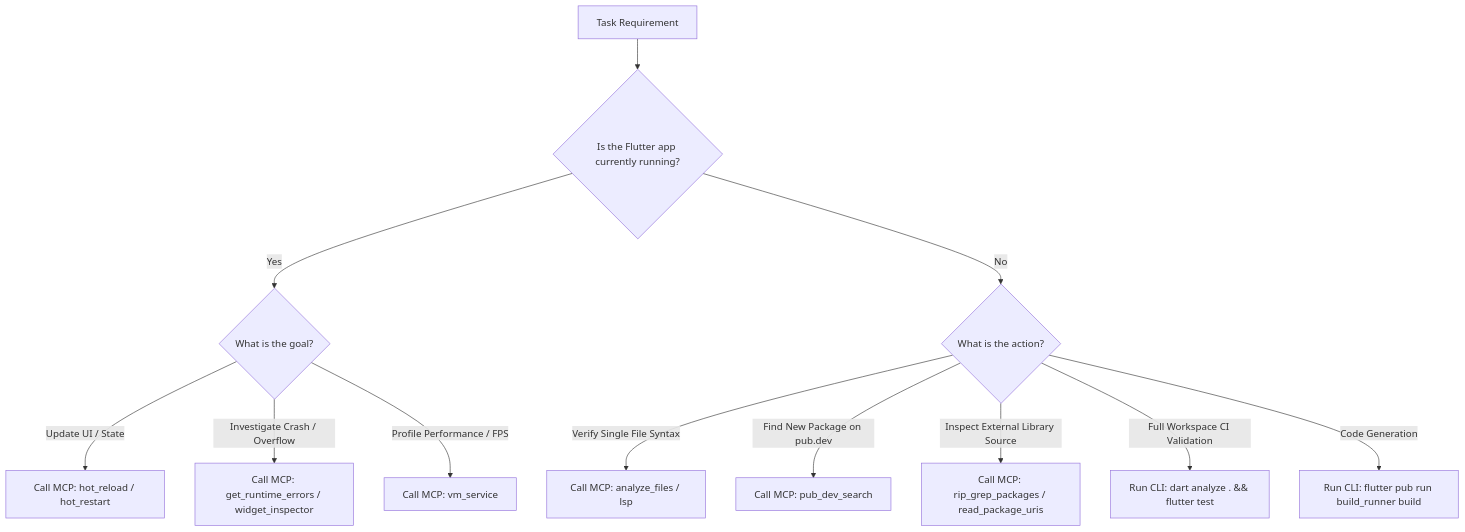
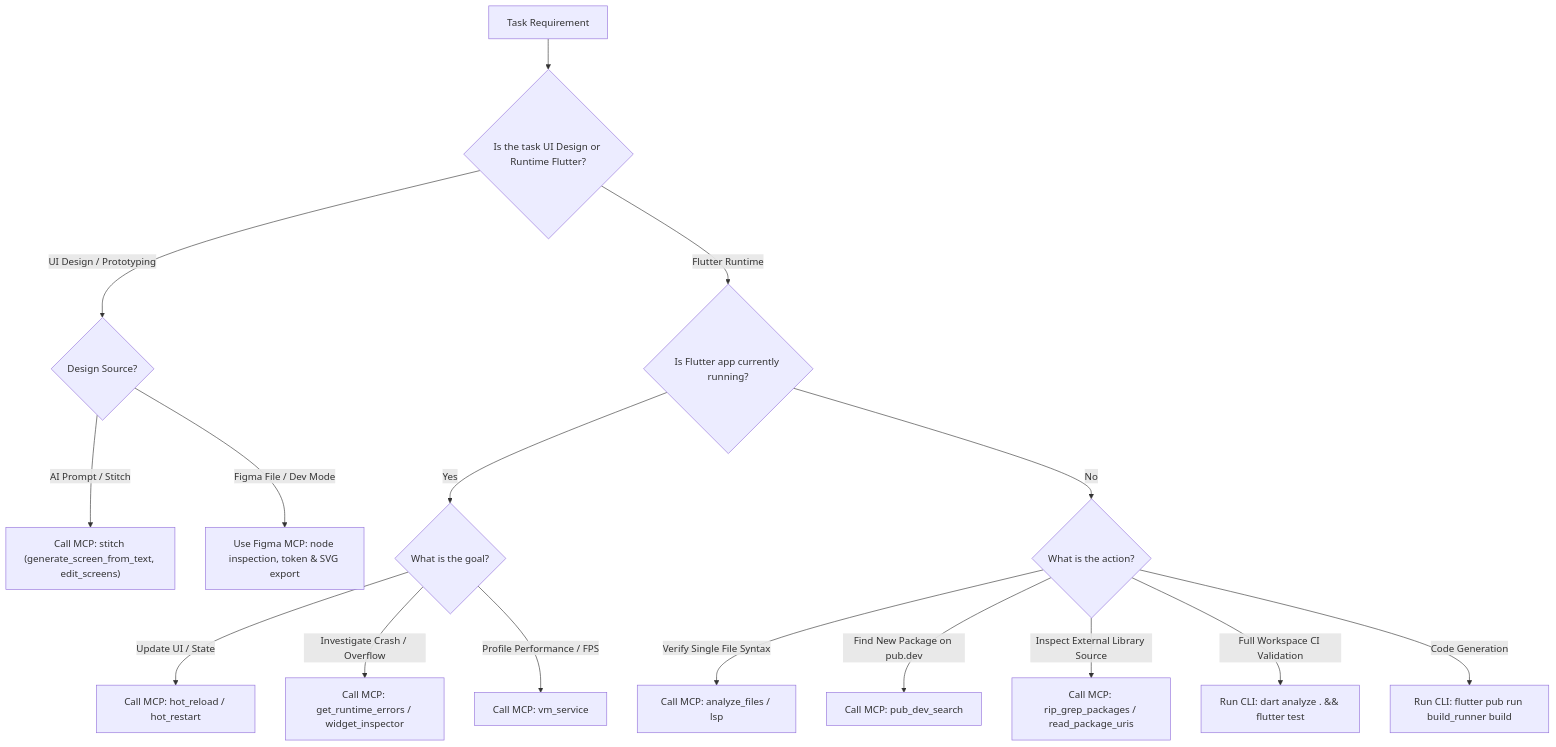
One commit to Vurarddo/flutter_agents changed the second of 2 diagrams in .agents/skills/tooling/mcp-tooling-hub/SKILL.md. Above: the diagram before and after it, drawn with Mermaid. The commit also changed other lines of this file and 38 other files, not shown here.

Commit message:
feat(skills): add design skillset (stitch, figma, design-to-flutter) and marionette AI testing skills

````diff
--- a/.agents/skills/tooling/mcp-tooling-hub/SKILL.md
+++ b/.agents/skills/tooling/mcp-tooling-hub/SKILL.md
@@ -81,16 +110,21 @@
 ```mermaid
 graph TD
-    Start["Task Requirement"] --> Q1{"Is the Flutter app currently running?"}
+    Start["Task Requirement"] --> Q1{"Is the task UI Design or Runtime Flutter?"}
     
-    Q1 -->|Yes| Q2{"What is the goal?"}
+    Q1 -->|UI Design / Prototyping| QD{"Design Source?"}
+    QD -->|AI Prompt / Stitch| MD1["Call MCP: stitch (generate_screen_from_text, edit_screens)"]
+    QD -->|Figma File / Dev Mode| MD2["Use Figma MCP: node inspection, token & SVG export"]
+    
+    Q1 -->|Flutter Runtime| QR{"Is Flutter app currently running?"}
+    QR -->|Yes| Q2{"What is the goal?"}
     Q2 -->|Update UI / State| M1["Call MCP: hot_reload / hot_restart"]
     Q2 -->|Investigate Crash / Overflow| M2["Call MCP: get_runtime_errors / widget_inspector"]
     Q2 -->|Profile Performance / FPS| M3["Call MCP: vm_service"]
     
-    Q1 -->|No| Q3{"What is the action?"}
+    QR -->|No| Q3{"What is the action?"}
     Q3 -->|Verify Single File Syntax| M4["Call MCP: analyze_files / lsp"]
     Q3 -->|Find New Package on pub.dev| M5["Call MCP: pub_dev_search"]
     Q3 -->|Inspect External Library Source| M6["Call MCP: rip_grep_packages / read_package_uris"]
     Q3 -->|Full Workspace CI Validation| C1["Run CLI: dart analyze . && flutter test"]
     Q3 -->|Code Generation| C2["Run CLI: flutter pub run build_runner build"]
 ```
````
